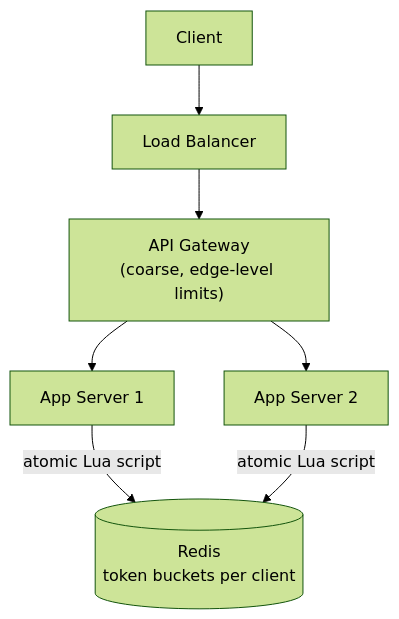
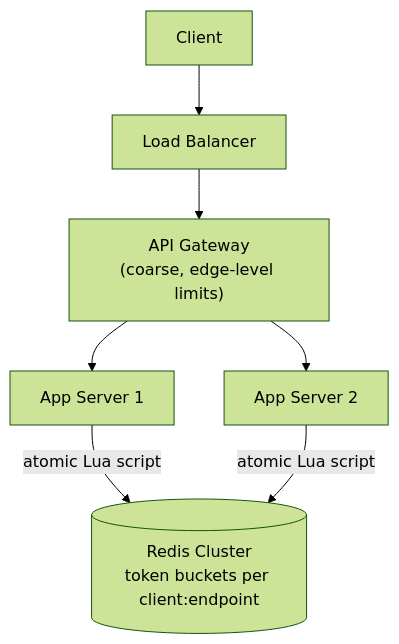
Before and after one commit to tarosh3/obsidian: the third of 4 diagrams in System Design/HLD/02 - Design a Rate Limiter/Design a Rate Limiter.md, drawn with Mermaid (forest theme). The commit also changed other lines of this file and 30 other files, not shown here.

````diff
--- a/System Design/HLD/02 - Design a Rate Limiter/Design a Rate Limiter.md
+++ b/System Design/HLD/02 - Design a Rate Limiter/Design a Rate Limiter.md
@@ -88,9 +190,9 @@
 ```mermaid
 graph TD
     Client["Client"] --> LB["Load Balancer"]
     LB --> GW["API Gateway<br/>(coarse, edge-level limits)"]
     GW --> App1["App Server 1"]
     GW --> App2["App Server 2"]
-    App1 -->|"atomic Lua script"| Redis[("Redis<br/>token buckets per client")]
+    App1 -->|"atomic Lua script"| Redis[("Redis Cluster<br/>token buckets per client:endpoint")]
     App2 -->|"atomic Lua script"| Redis
 ```
````
